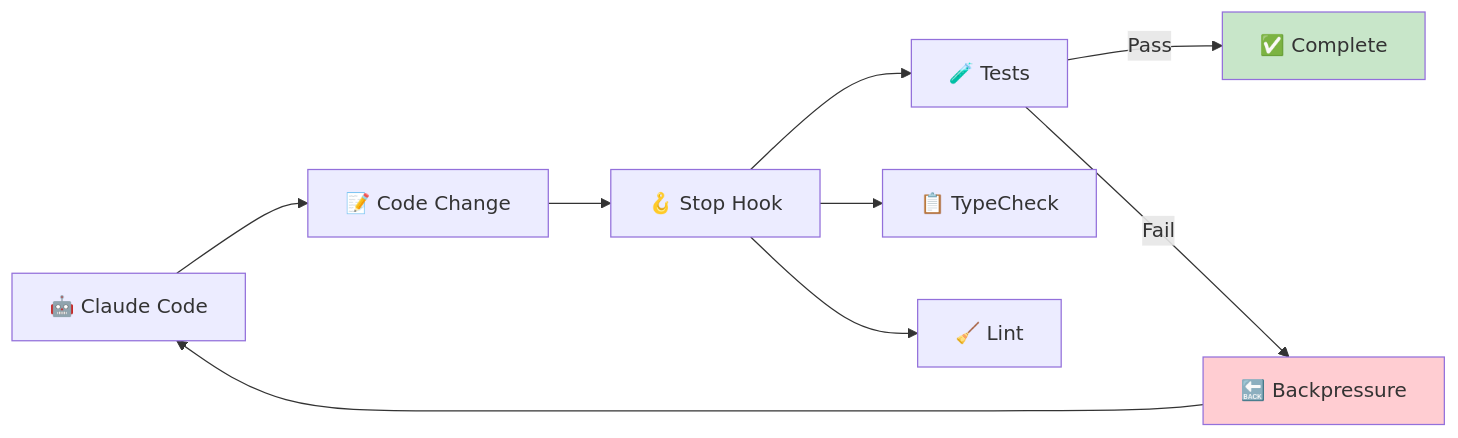
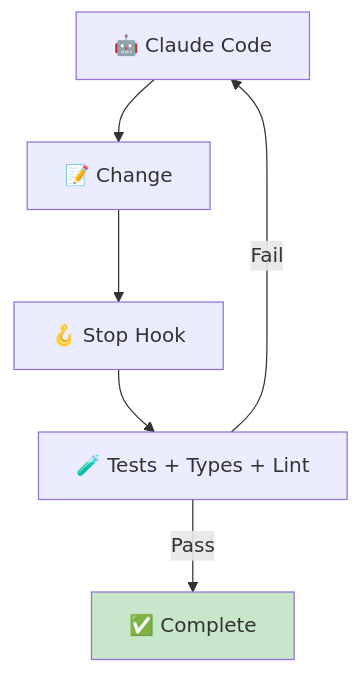
Before and after one commit to TheBushidoCollective/han: the third of 5 diagrams in website/content/papers/ai-dlc-2026/runbooks/tooling/claude-code.md, drawn with Mermaid. The commit also changed other lines of this file and 21 other files, not shown here.

First line of the commit message:
fix(website): convert all AI-DLC runbook Mermaid diagrams to TB layout

````diff
--- a/website/content/papers/ai-dlc-2026/runbooks/tooling/claude-code.md
+++ b/website/content/papers/ai-dlc-2026/runbooks/tooling/claude-code.md
@@ -188,14 +184,10 @@
 ```mermaid
-flowchart LR
-    Claude[🤖 Claude Code] --> Change[📝 Code Change]
+flowchart TB
+    Claude[🤖 Claude Code] --> Change[📝 Change]
     Change --> Hook[🪝 Stop Hook]
-    Hook --> Tests[🧪 Tests]
-    Hook --> Types[📋 TypeCheck]
-    Hook --> Lint[🧹 Lint]
-    Tests -->|Pass| Done[✅ Complete]
-    Tests -->|Fail| Feedback[🔙 Backpressure]
-    Feedback --> Claude
+    Hook --> Verify[🧪 Tests + Types + Lint]
+    Verify -->|Pass| Done[✅ Complete]
+    Verify -->|Fail| Claude
 
     style Done fill:#c8e6c9
-    style Feedback fill:#ffcdd2
 ```
````
